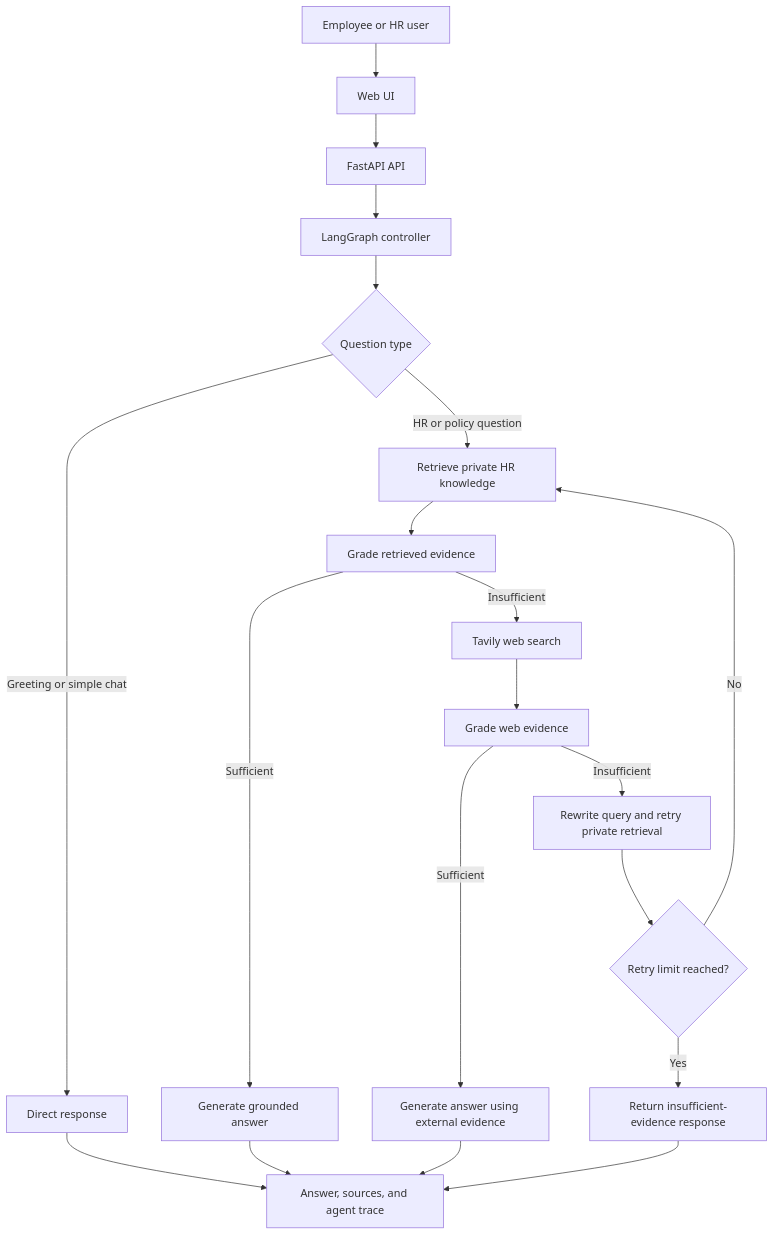
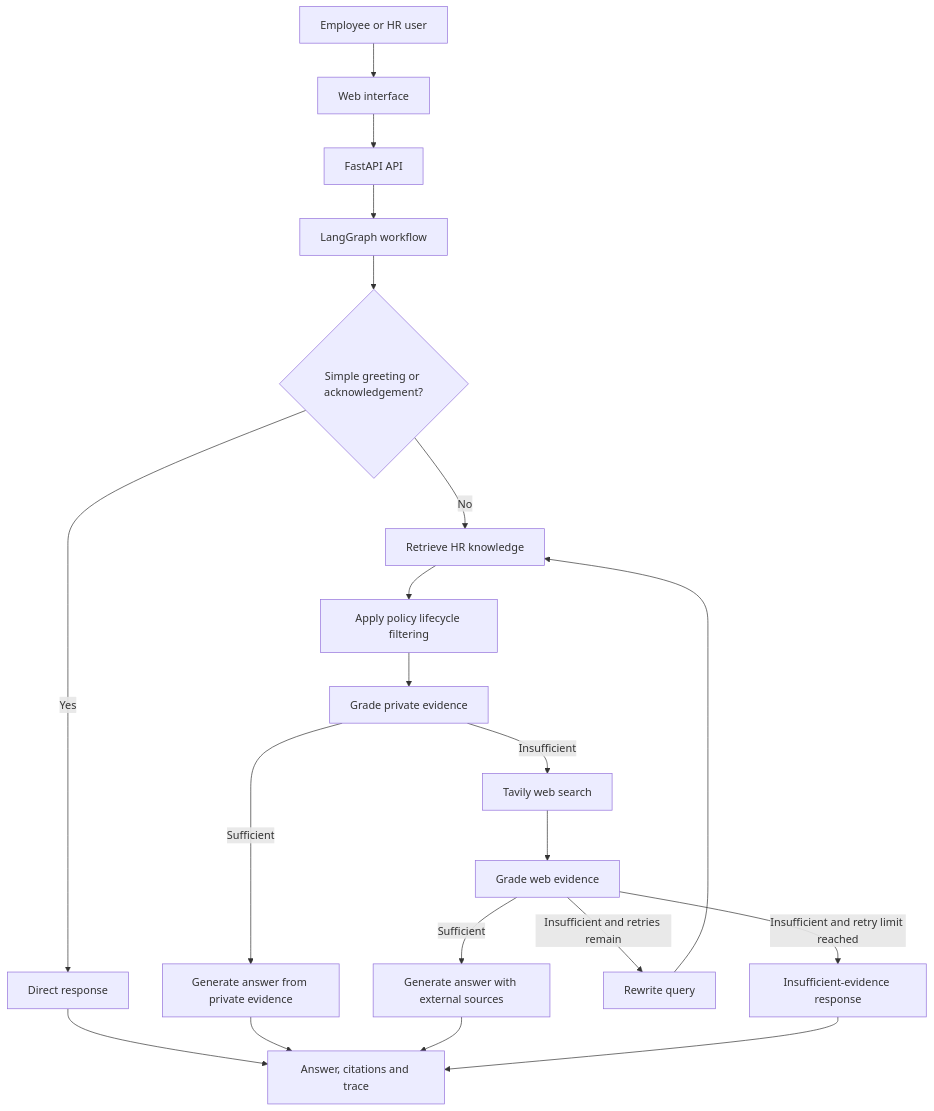
The diagram in README.md (AshutoshShrivastava28/HR-Mind-AI), drawn with Mermaid before and after one commit. The commit also changed other lines of this file, not shown here.

````diff
--- a/README.md
+++ b/README.md
@@ -83,22 +133,22 @@
 ```mermaid
 flowchart TD
-    A[Employee or HR user] --> B[Web UI]
+    A[Employee or HR user] --> B[Web interface]
     B --> C[FastAPI API]
-    C --> D[LangGraph controller]
-    D --> E{Question type}
-    E -->|Greeting or simple chat| F[Direct response]
-    E -->|HR or policy question| G[Retrieve private HR knowledge]
-    G --> H[Grade retrieved evidence]
-    H -->|Sufficient| I[Generate grounded answer]
-    H -->|Insufficient| J[Tavily web search]
-    J --> K[Grade web evidence]
-    K -->|Sufficient| L[Generate answer using external evidence]
-    K -->|Insufficient| M[Rewrite query and retry private retrieval]
-    M --> N{Retry limit reached?}
-    N -->|No| G
-    N -->|Yes| O[Return insufficient-evidence response]
-    I --> P[Answer, sources, and agent trace]
-    F --> P
-    L --> P
+    C --> D[LangGraph workflow]
+    D --> E{Simple greeting or acknowledgement?}
+    E -->|Yes| F[Direct response]
+    E -->|No| G[Retrieve HR knowledge]
+    G --> H[Apply policy lifecycle filtering]
+    H --> I[Grade private evidence]
+    I -->|Sufficient| J[Generate answer from private evidence]
+    I -->|Insufficient| K[Tavily web search]
+    K --> L[Grade web evidence]
+    L -->|Sufficient| M[Generate answer with external sources]
+    L -->|Insufficient and retries remain| N[Rewrite query]
+    N --> G
+    L -->|Insufficient and retry limit reached| O[Insufficient-evidence response]
+    F --> P[Answer, citations and trace]
+    J --> P
+    M --> P
     O --> P
 ```
````
